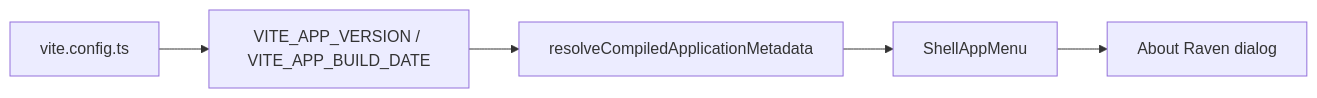
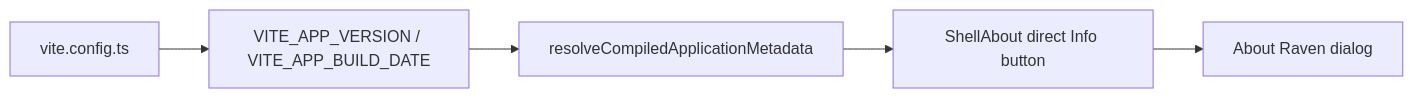
One commit to dunay2/dvt changed the third of 34 diagrams in docs/architecture/components/web/appshell/app-shell.md. Above: the diagram before and after it, drawn with Mermaid. The commit also changed other lines of this file and 424 other files, not shown here.

````diff
--- a/docs/architecture/components/web/appshell/app-shell.md
+++ b/docs/architecture/components/web/appshell/app-shell.md
@@ -78,7 +152,7 @@
 ```mermaid
 flowchart LR
   Vite["vite.config.ts"] --> Env["VITE_APP_VERSION / VITE_APP_BUILD_DATE"]
   Env --> Query["resolveCompiledApplicationMetadata"]
-  Query --> Menu["ShellAppMenu"]
-  Menu --> Dialog["About Raven dialog"]
+  Query --> About["ShellAbout direct Info button"]
+  About --> Dialog["About Raven dialog"]
 ```
````
